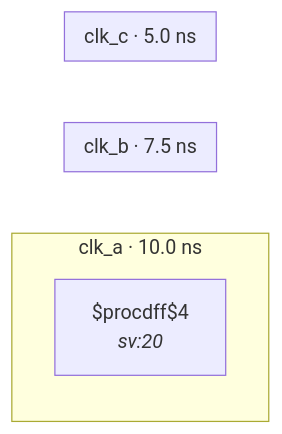
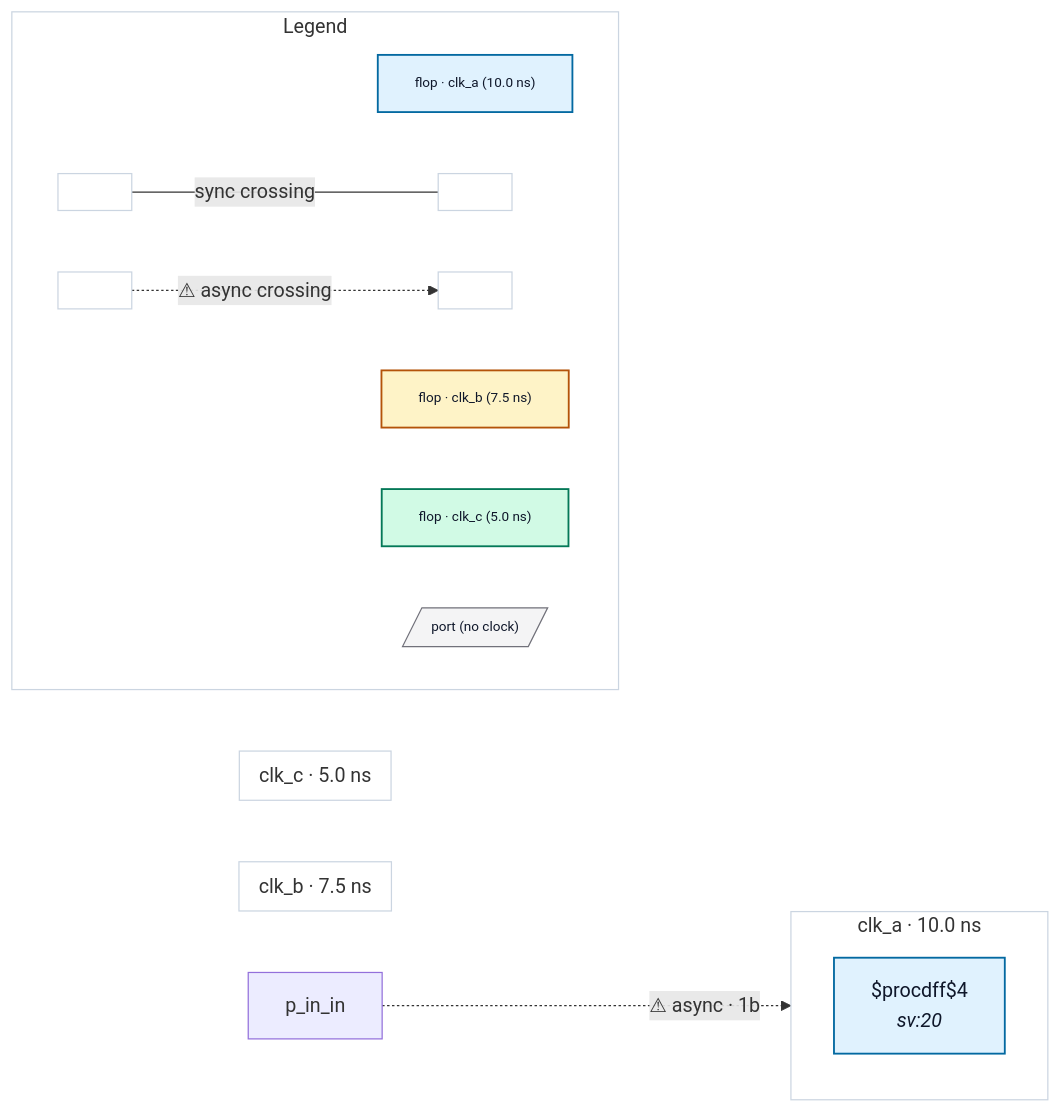
Before and after one commit to rtl-buddy/rtl-buddy-cdc: the diagram in tests/fixtures/bad_unconstrained_input_derived_clock/README.md, drawn with Mermaid. The commit also changed 71 other files, not shown here.

First line of the commit message:
Refresh fixture READMEs + render iterations (colors, legend, nested ports, clock-net edges)

````diff
--- a/tests/fixtures/bad_unconstrained_input_derived_clock/README.md
+++ b/tests/fixtures/bad_unconstrained_input_derived_clock/README.md
@@ -16,15 +16,45 @@
 ```mermaid
 %% bad_unconstrained_input_derived_clock — generated by rtl-buddy-cdc render
 flowchart LR
   subgraph clk_clk_a["clk_a · 10.0 ns"]
     direction TB
-    f_ab50e9c3["$procdff$4<br/><i>sv:20</i>"]
+    f_ab50e9c3["$procdff$4<br/><i>sv:20</i>"]:::ckcls_clk_a
   end
   subgraph clk_clk_b["clk_b · 7.5 ns"]
     direction TB
   end
   subgraph clk_clk_c["clk_c · 5.0 ns"]
     direction TB
   end
-  classDef port fill:#f4f4f5,stroke:#71717a
+  p_in_in -. "⚠ async · 1b" .-> f_ab50e9c3
+  subgraph rb_legend["Legend"]
+    direction LR
+    lg_clk_clk_a["flop · clk_a (10.0 ns)"]:::ckcls_clk_a
+    lg_clk_clk_b["flop · clk_b (7.5 ns)"]:::ckcls_clk_b
+    lg_clk_clk_c["flop · clk_c (5.0 ns)"]:::ckcls_clk_c
+    lg_port[/"port (no clock)"/]:::port_unassigned
+    lg_sync_a[" "]:::ckcls_legend_neutral
+    lg_sync_b[" "]:::ckcls_legend_neutral
+    lg_async_a[" "]:::ckcls_legend_neutral
+    lg_async_b[" "]:::ckcls_legend_neutral
+    lg_sync_a --- |"sync crossing"| lg_sync_b
+    lg_async_a -. "⚠ async crossing" .-> lg_async_b
+  end
+  style clk_clk_a fill:none,stroke:#cbd5e1
+  style clk_clk_b fill:none,stroke:#cbd5e1
+  style clk_clk_c fill:none,stroke:#cbd5e1
+  style rb_legend fill:none,stroke:#cbd5e1
+  style lg_clk_clk_a font-size:11px
+  style lg_clk_clk_b font-size:11px
+  style lg_clk_clk_c font-size:11px
+  style lg_port font-size:11px
+  style lg_sync_a font-size:11px
+  style lg_sync_b font-size:11px
+  style lg_async_a font-size:11px
+  style lg_async_b font-size:11px
+  classDef ckcls_clk_a fill:#e0f2fe,stroke:#0369a1,stroke-width:1.5px,color:#0f172a
+  classDef ckcls_clk_b fill:#fef3c7,stroke:#b45309,stroke-width:1.5px,color:#0f172a
+  classDef ckcls_clk_c fill:#d1fae5,stroke:#047857,stroke-width:1.5px,color:#0f172a
+  classDef port_unassigned fill:#f4f4f5,stroke:#71717a,color:#0f172a
+  classDef ckcls_legend_neutral fill:#ffffff,stroke:#cbd5e1,stroke-width:1px,color:#0f172a
 ```
````
